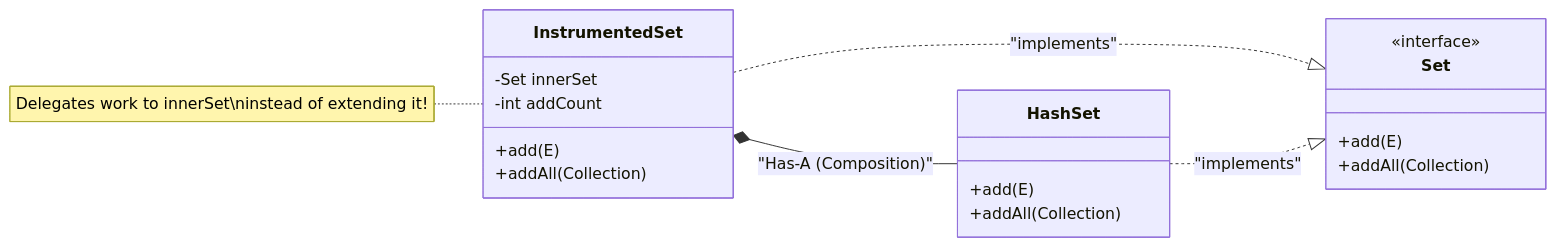
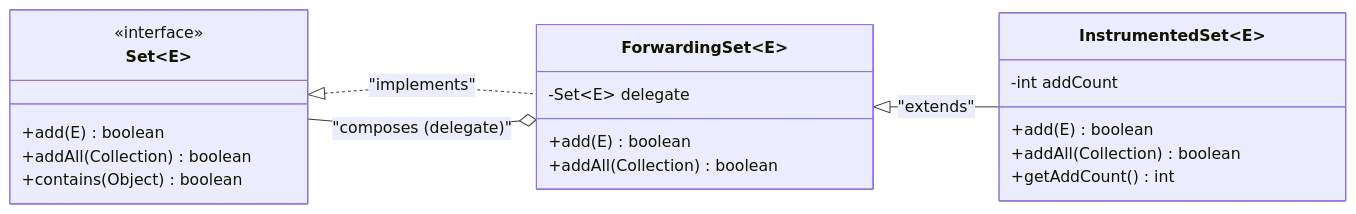
The third of 4 diagrams in content/roadmap/level-1/composition-over-inheritance.md (ravishankar2463/java_hub), drawn with Mermaid before and after one commit. The commit also changed other lines of this file, not shown here.

Commit message:
docs(level-1): rewrite composition over inheritance with human-first voice

````diff
--- a/content/roadmap/level-1/composition-over-inheritance.md
+++ b/content/roadmap/level-1/composition-over-inheritance.md
@@ -115,28 +195,27 @@
 ```mermaid
 classDiagram
     direction LR
-    
-    class Set {
+    class Set~E~ {
         <<interface>>
-        +add(E)
-        +addAll(Collection)
+        +add(E) boolean
+        +addAll(Collection) boolean
+        +contains(Object) boolean
     }
-    
-    class InstrumentedSet {
-        -Set innerSet
+
+    class ForwardingSet~E~ {
+        -Set~E~ delegate
+        +add(E) boolean
+        +addAll(Collection) boolean
+    }
+
+    class InstrumentedSet~E~ {
         -int addCount
-        +add(E)
-        +addAll(Collection)
+        +add(E) boolean
+        +addAll(Collection) boolean
+        +getAddCount() int
     }
-    
-    class HashSet {
-        +add(E)
-        +addAll(Collection)
-    }
-    
-    InstrumentedSet ..|> Set : "implements"
-    HashSet ..|> Set : "implements"
-    InstrumentedSet *-- HashSet : "Has-A (Composition)"
-    
-    note for InstrumentedSet "Delegates work to innerSet\ninstead of extending it!"
+
+    Set~E~ <|.. ForwardingSet~E~ : "implements"
+    ForwardingSet~E~ <|-- InstrumentedSet~E~ : "extends"
+    ForwardingSet~E~ o-- Set~E~ : "composes (delegate)"
 ```
````
